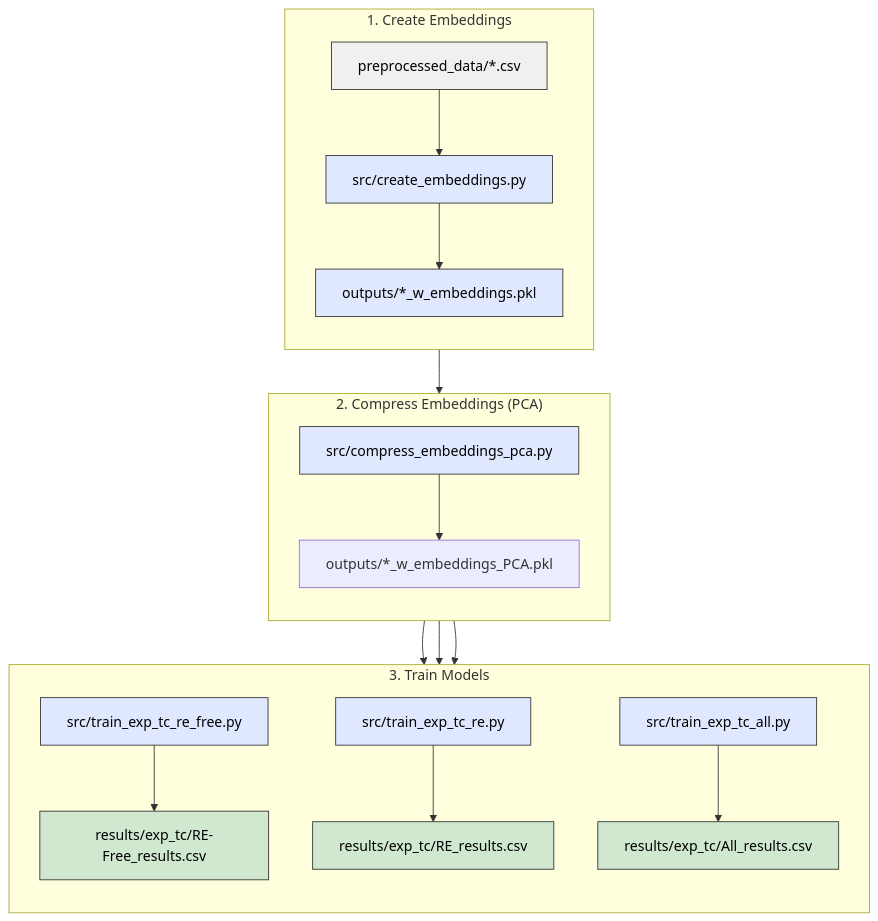
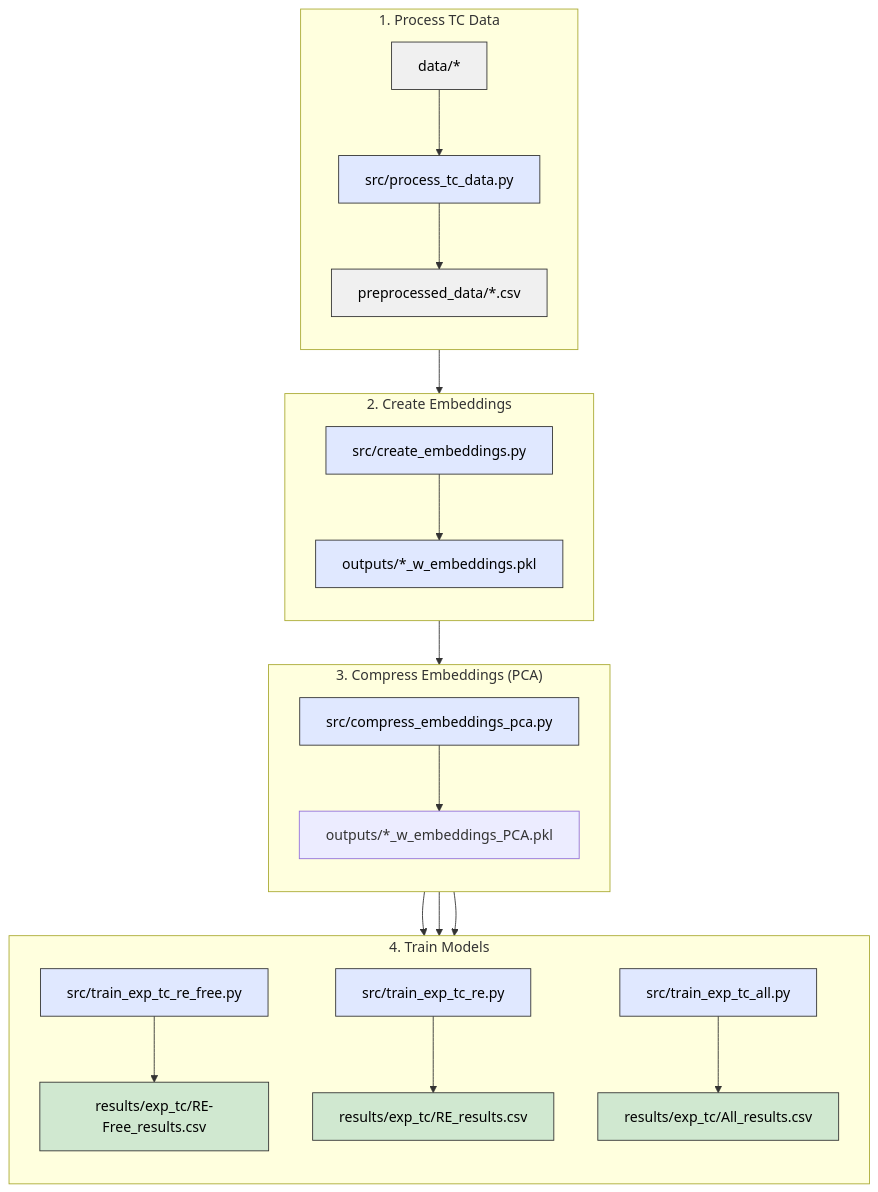
One commit to MaMMoS-project/ML-models changed the diagram in compound-to-tc/compound-to-simulated-tc/README.md. Above: the diagram before and after it, drawn with Mermaid.

Commit message:
fix flow chart

````diff
--- a/compound-to-tc/compound-to-simulated-tc/README.md
+++ b/compound-to-tc/compound-to-simulated-tc/README.md
@@ -11,38 +11,47 @@
 ```mermaid
 graph TD
-    %% === Cluster 1: Create Embeddings ===
-    subgraph cluster_1["1. Create Embeddings"]
+
+    %% === Cluster 1: Process TC Data ===
+    subgraph cluster_1["1. Process TC Data"]
         direction TB
-        A[preprocessed_data/*.csv] --> B[src/create_embeddings.py]
+        A0[data/*] --> B0[src/process_tc_data.py]
+        B0 --> A[preprocessed_data/*.csv]
+    end
+
+    %% === Cluster 2: Create Embeddings ===
+    subgraph cluster_2["2. Create Embeddings"]
+        direction TB
+        A --> B[src/create_embeddings.py]
         B --> C[outputs/*_w_embeddings.pkl]
     end
 
-    %% === Cluster 2: Compress Embeddings ===
-    subgraph cluster_2["2. Compress Embeddings (PCA)"]
+    %% === Cluster 3: Compress Embeddings (PCA) ===
+    subgraph cluster_3["3. Compress Embeddings (PCA)"]
         direction TB
         C --> D[src/compress_embeddings_pca.py]
         D --> E[outputs/*_w_embeddings_PCA.pkl]
     end
 
-    %% === Cluster 3: Train Models ===
-    subgraph cluster_3["3. Train Models"]
+    %% === Cluster 4: Train Models ===
+    subgraph cluster_4["4. Train Models"]
         direction TB
         E --> F1[src/train_exp_tc_re_free.py]
         E --> F2[src/train_exp_tc_re.py]
         E --> F3[src/train_exp_tc_all.py]
+
         F1 --> G1[results/exp_tc/RE-Free_results.csv]
         F2 --> G2[results/exp_tc/RE_results.csv]
         F3 --> G3[results/exp_tc/All_results.csv]
     end
 
     %% === Styling ===
     classDef input fill:#f0f0f0,stroke:#333,stroke-width:1px,color:#000;
     classDef process fill:#e0e8ff,stroke:#333,stroke-width:1px,color:#000;
     classDef output fill:#d0e8d0,stroke:#333,stroke-width:1px,color:#000;
 
-    class A input
-    class B,C,D,F1,F2,F3 process
+    class A0,A input
+    class B0,B,C,D,F1,F2,F3 process
     class G1,G2,G3 output
 
-    class cluster_1,cluster_2,cluster_3 fill:#ffffff,stroke:#ccc,stroke-width:1px;
+    class cluster_1,cluster_2,cluster_3,cluster_4 fill:#ffffff,stroke:#ccc,stroke-width:1px;
 ```
````
